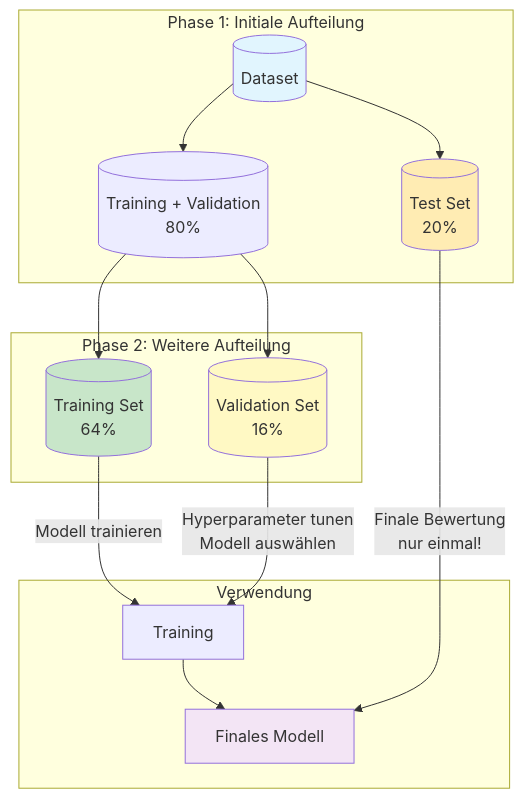
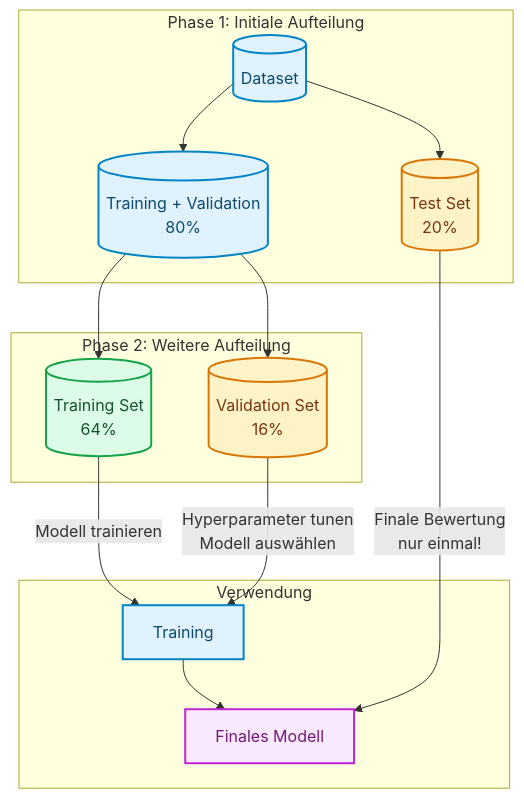
One commit to ralf-42/ML_Intro changed the second of 4 diagrams in docs/concepts/prepare/train_test_split.md. Above: the diagram before and after it, drawn with Mermaid. The commit also changed other lines of this file and 67 other files, not shown here.

````diff
--- a/docs/concepts/prepare/train_test_split.md
+++ b/docs/concepts/prepare/train_test_split.md
@@ -147,25 +150,27 @@
 ```mermaid
 flowchart TB
     subgraph phase1["Phase 1: Initiale Aufteilung"]
         D[("Dataset")] --> TR1[("Training + Validation<br/>80%")]
         D --> TE[("Test Set<br/>20%")]
     end
     
     subgraph phase2["Phase 2: Weitere Aufteilung"]
         TR1 --> TR2[("Training Set<br/>64%")]
         TR1 --> VA[("Validation Set<br/>16%")]
     end
     
     subgraph usage["Verwendung"]
         TR2 --> |"Modell trainieren"| M["Training"]
         VA --> |"Hyperparameter tunen<br/>Modell auswählen"| M
         M --> P["Finales Modell"]
         TE --> |"Finale Bewertung<br/>nur einmal!"| P
     end
-    
-    style D fill:#e1f5fe
-    style TR2 fill:#c8e6c9
-    style VA fill:#fff9c4
-    style TE fill:#ffecb3
-    style P fill:#f3e5f5
+
+    classDef default fill:#e0f2fe,stroke:#0284c7,stroke-width:2px,color:#0c4a6e;
+    classDef metric fill:#fef3c7,stroke:#d97706,stroke-width:2px,color:#78350f;
+    classDef output fill:#dcfce7,stroke:#16a34a,stroke-width:2px,color:#14532d;
+    classDef target fill:#fae8ff,stroke:#c026d3,stroke-width:2px,color:#701a75;
+    class VA,TE metric;
+    class TR2 output;
+    class P target;
 ```
````
